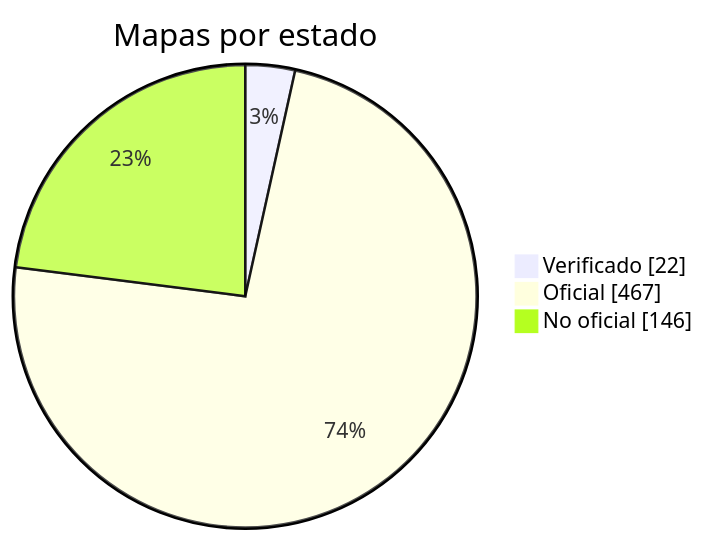
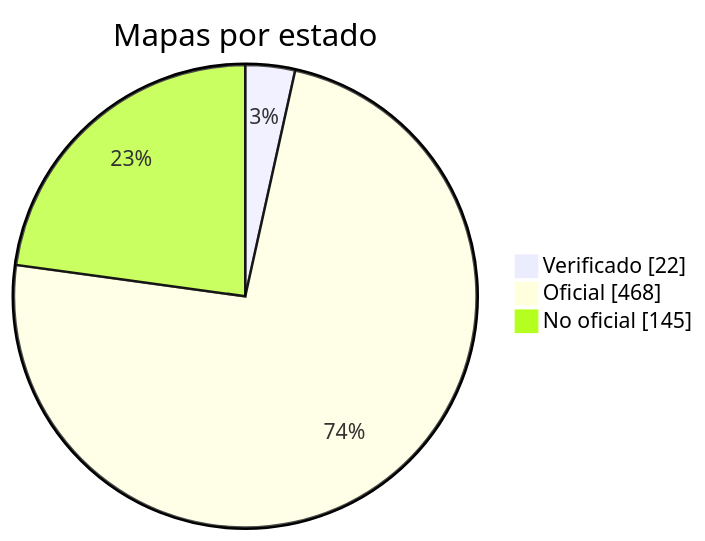
One commit to nobrega8/mbmap-library changed the diagram in docs/readme/README_ES.md. Above: the diagram before and after it, drawn with Mermaid. The commit also changed 6 other files, not shown here.

````diff
--- a/docs/readme/README_ES.md
+++ b/docs/readme/README_ES.md
@@ -54,7 +54,7 @@
 ```mermaid
 pie showData
     title Mapas por estado
     "Verificado" : 22
-    "Oficial" : 467
-    "No oficial" : 146
+    "Oficial" : 468
+    "No oficial" : 145
 ```
````
